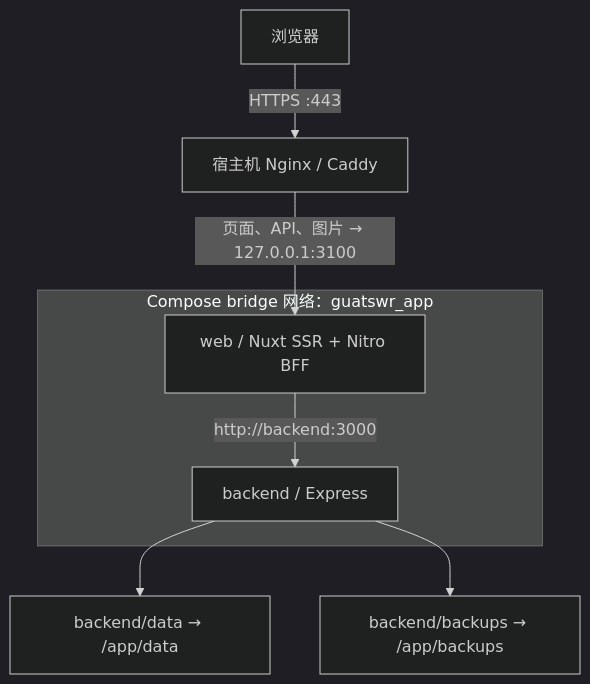
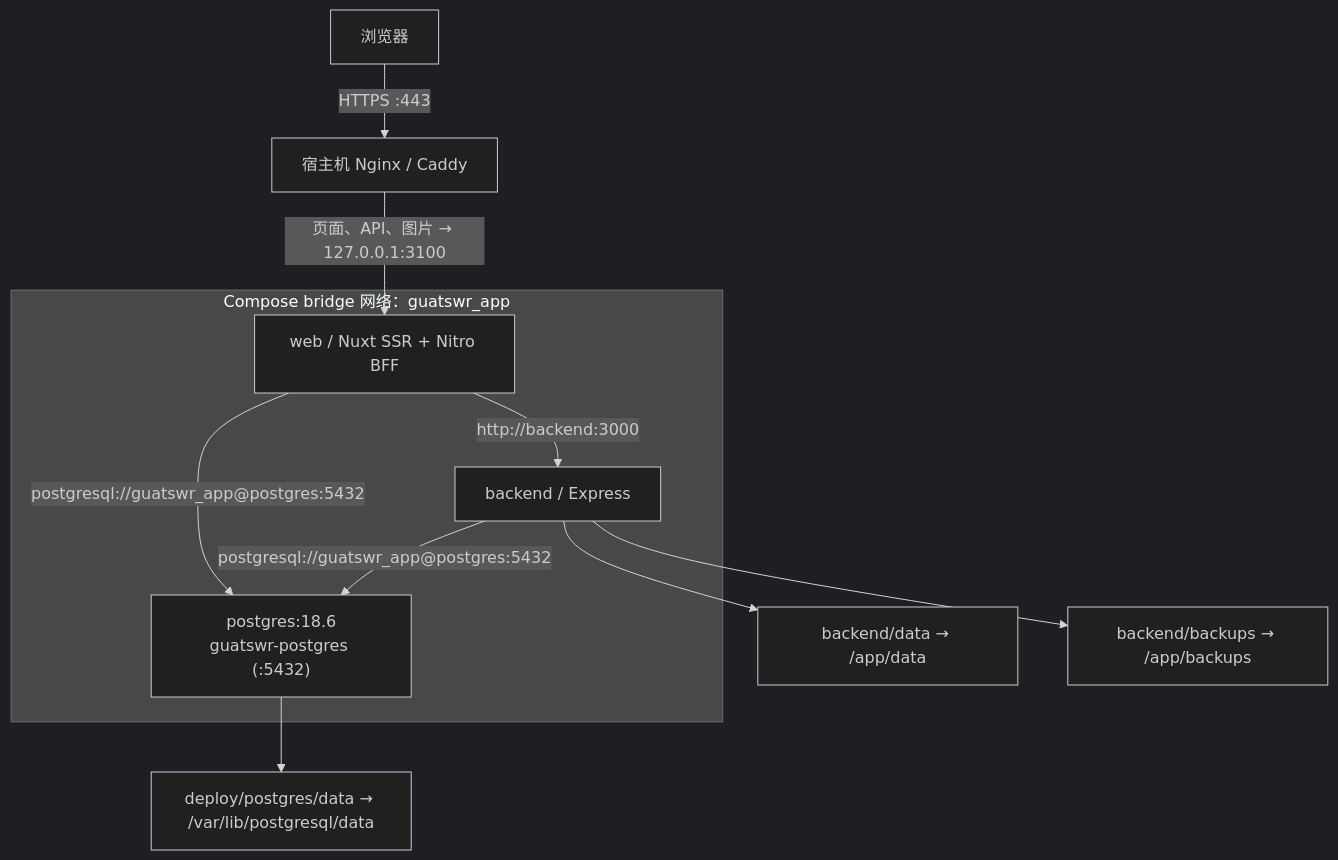
The second of 2 diagrams in README.md (guatswr/GuatSWR_Website), drawn with Mermaid (dark theme) before and after one commit. The commit also changed other lines of this file, not shown here.

Commit message:
docs: update README with PostgreSQL 18 architecture, deployment, and backup runbooks

````diff
--- a/README.md
+++ b/README.md
@@ -482,10 +511,13 @@
 ```mermaid
 flowchart TB
     Client["浏览器"] -->|"HTTPS :443"| Proxy["宿主机 Nginx / Caddy"]
     Proxy -->|"页面、API、图片 → 127.0.0.1:3100"| Web["web / Nuxt SSR + Nitro BFF"]
     subgraph DockerNet["Compose bridge 网络：guatswr_app"]
         Web -->|"http://backend:3000"| Backend["backend / Express"]
+        Backend -->|"postgresql://guatswr_app@postgres:5432"| PG["postgres:18.6<br/>guatswr-postgres (:5432)"]
+        Web -->|"postgresql://guatswr_app@postgres:5432"| PG
     end
     Backend --> Data["backend/data → /app/data"]
     Backend --> Backups["backend/backups → /app/backups"]
+    PG --> PGData["deploy/postgres/data → /var/lib/postgresql/data"]
 ```
````
